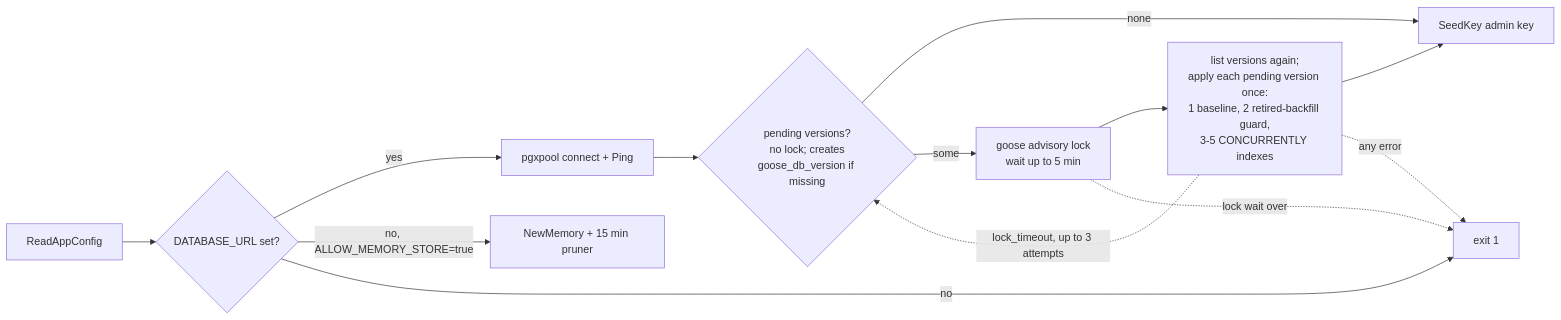
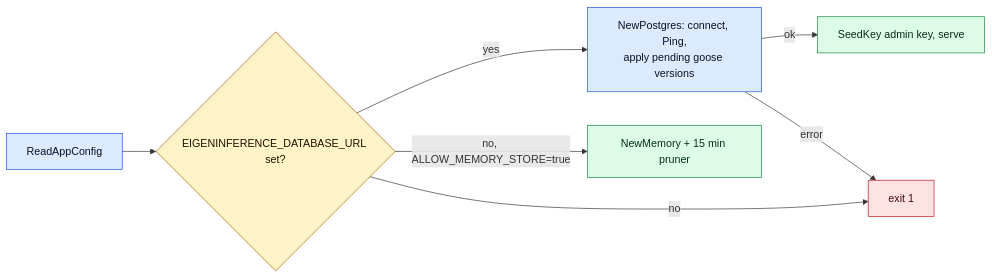
One commit to Layr-Labs/d-inference changed the diagram in docs/architecture/storage.md. Above: the diagram before and after it, drawn with Mermaid. The commit also changed other lines of this file and 12 other files, not shown here.

First line of the commit message:
Document the goose schema lifecycle, migration how-to and runbook

````diff
--- a/docs/architecture/storage.md
+++ b/docs/architecture/storage.md
@@ -244,15 +124,13 @@
 ```mermaid
 flowchart LR
-  A[ReadAppConfig] --> B{DATABASE_URL set?}
-  B -- yes --> C[pgxpool connect + Ping]
-  C --> V{pending versions?\nno lock; creates\ngoose_db_version if missing}
-  V -- none --> G[SeedKey admin key]
-  V -- some --> L[goose advisory lock\nwait up to 5 min]
-  L --> D[list versions again;\napply each pending version once:\n1 baseline, 2 retired-backfill guard,\n3-5 CONCURRENTLY indexes]
-  D --> G
-  D -. lock_timeout, up to 3 attempts .-> V
-  L -. lock wait over .-> X
-  B -- no, ALLOW_MEMORY_STORE=true --> H[NewMemory + 15 min pruner]
-  B -- no --> X[exit 1]
-  D -. any error .-> X
+  classDef step fill:#dbeafe,stroke:#1d4ed8,color:#0b1220
+  classDef check fill:#fef3c7,stroke:#b45309,color:#1f1300
+  classDef ok fill:#dcfce7,stroke:#15803d,color:#052e16
+  classDef fail fill:#fee2e2,stroke:#b91c1c,color:#450a0a
+  A["ReadAppConfig"]:::step --> B{"EIGENINFERENCE_DATABASE_URL set?"}:::check
+  B -- "yes" --> C["NewPostgres: connect, Ping,<br/>apply pending goose versions"]:::step
+  C -- "ok" --> G["SeedKey admin key, serve"]:::ok
+  C -- "error" --> X["exit 1"]:::fail
+  B -- "no, ALLOW_MEMORY_STORE=true" --> H["NewMemory + 15 min pruner"]:::ok
+  B -- "no" --> X
 ```
````
